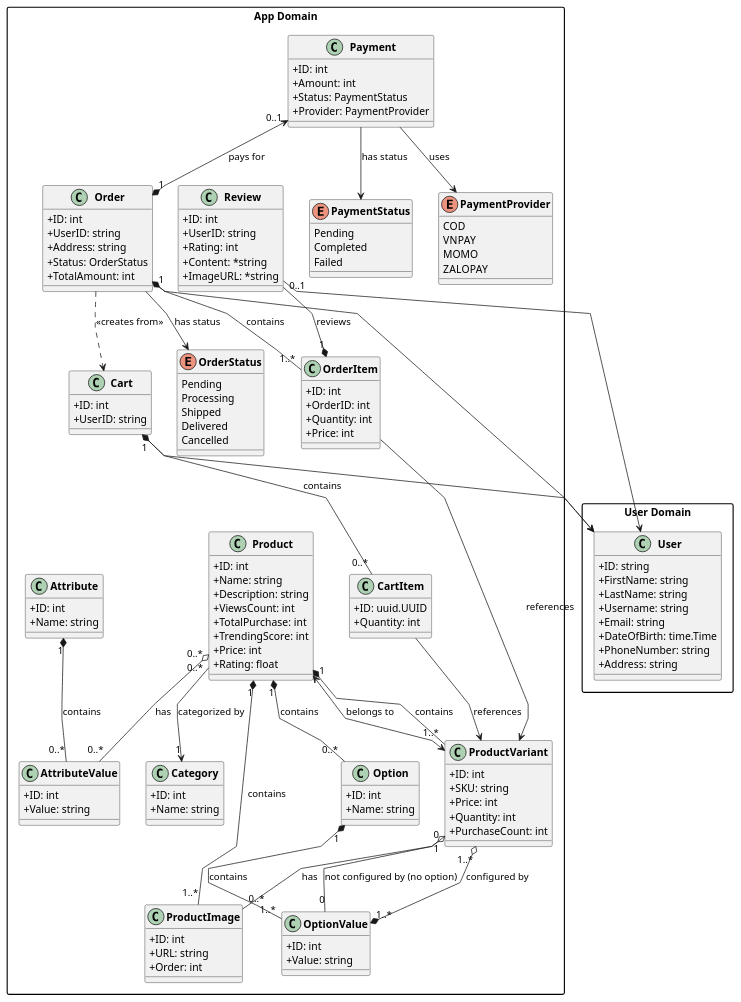
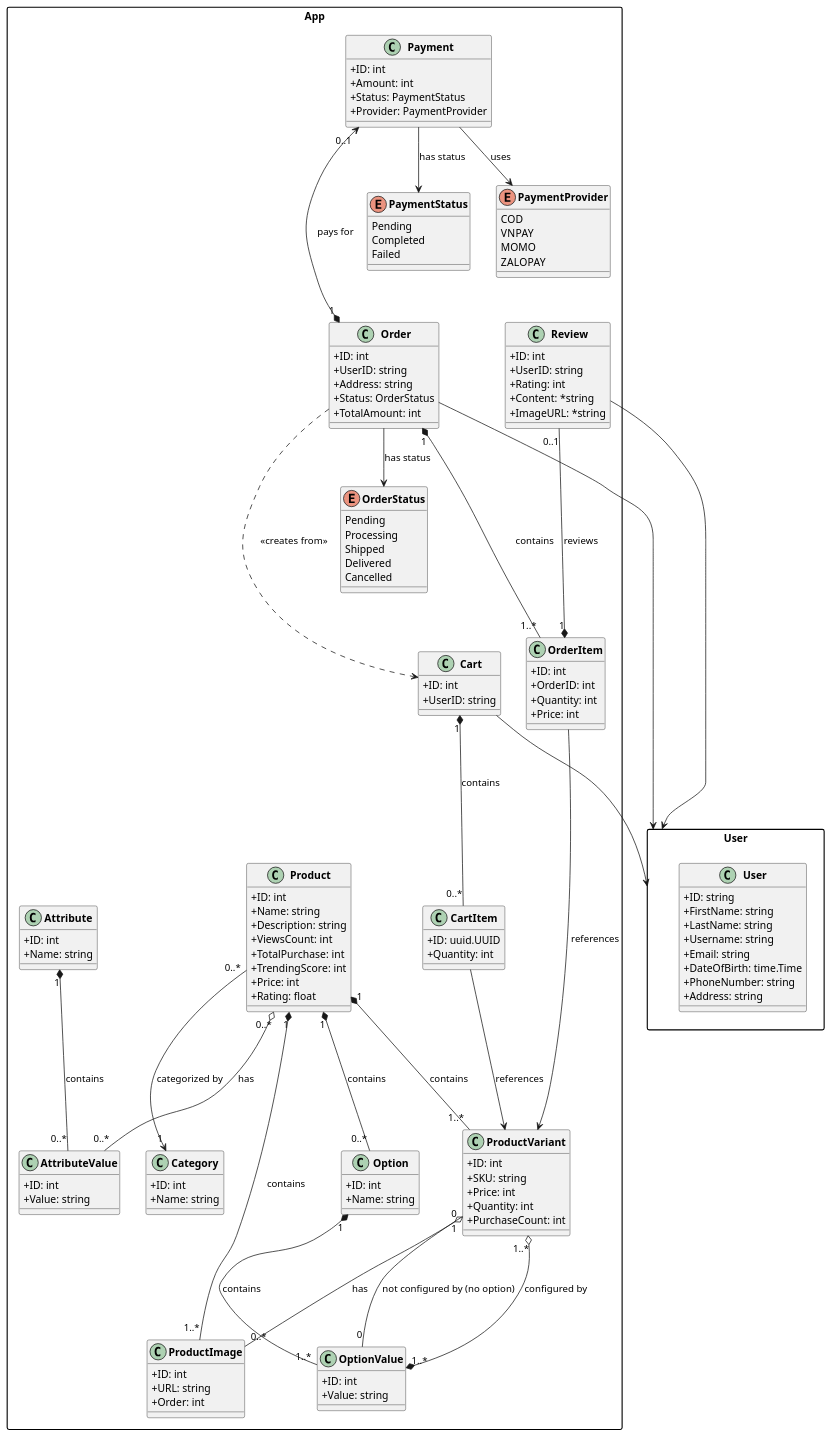
The diagram in docs/software-docs/class/index.md (electricilies/electricilies.github.io), drawn with PlantUML before and after one commit.

Commit message:
feat(class): prettify

````diff
--- a/docs/software-docs/class/index.md
+++ b/docs/software-docs/class/index.md
@@ -7,10 +7,9 @@
 skinparam classAttributeIconSize 0
 skinparam packageStyle rectangle
 /' skinparam linetype ortho '/
-skinparam linetype polyline
+/' skinparam linetype polyline '/
 
-
-package "User Domain" {
+package "User" {
     class User {
         +ID: string
         +FirstName: string
@@ -23,7 +22,7 @@
     }
 }
 
-package "App Domain" {
+package "App" {
 
     ' ----- Category -----
     class Category {
@@ -145,53 +144,52 @@
     ' ===== Relationships =====
 
     ' Product Composition (diamond filled)
-    Product "1" *-- "0..*" Option : contains
-    Product "1" *-- "1..*" ProductVariant : contains
-    Product "1" *-- "1..*" ProductImage : contains
+    Product "1" *--- "0..*" Option : contains
+    Product "1" *--- "1..*" ProductVariant : contains
+    Product "1" *--- "1..*" ProductImage : contains
 
     ' Option Composition
-    Option "1" *-- "1..*" OptionValue : contains
+    Option "1" *--- "1..*" OptionValue : contains
 
     ' Product Aggregation
-    Product "0..*" o-- "0..*" AttributeValue : has
+    Product "0..*" o--- "0..*" AttributeValue : has
 
     ' ProductVariant relationships
-    ProductVariant "0" -- "0" OptionValue : not configured by (no option)
-    ProductVariant "1..*" o--* "1..*" OptionValue : configured by
-    ProductVariant "1" o-- "0..*" ProductImage : has
-    ProductVariant <--> Product : belongs to
+    ProductVariant "0" --- "0" OptionValue : not configured by (no option)
+    ProductVariant "1..*" o---* "1..*" OptionValue : configured by
+    ProductVariant "1" o--- "0..*" ProductImage : has
 
     ' Category relationship
-    Product "0..*" --> "1" Category : categorized by
+    Product "0..*" ---> "1" Category : categorized by
 
     ' Attribute relationships
-    Attribute "1" *-- "0..*" AttributeValue : contains
+    Attribute "1" *--- "0..*" AttributeValue : contains
 
     ' Cart relationships
-    Cart "1" *-- "0..*" CartItem : contains
-    CartItem --> ProductVariant : references
+    Cart "1" *--- "0..*" CartItem : contains
+    CartItem ---> ProductVariant : references
 
     ' Order relationships
-    Order "1" *-- "1..*" OrderItem : contains
-    OrderItem --> ProductVariant : references
+    Order "1" *--- "1..*" OrderItem : contains
+    OrderItem ---> ProductVariant : references
 
     ' Order depends on Cart (dependency)
-    Order ..> Cart : <<creates from>>
+    Order ...> Cart : <<creates from>>
     Order --> OrderStatus : has status
 
     ' Payment relationships
-    Payment "0..1" <--* "1" Order : pays for
+    Payment "0..1" <---* "1" Order : pays for
     Payment --> PaymentStatus : has status
     Payment --> PaymentProvider : uses
 
     ' Review relationships
-    Review "0..1" --* "1" OrderItem : reviews
+    Review "0..1" ---* "1" OrderItem : reviews
 }
 
 ' ===== User References (by ID only) =====
-Cart --> User
-Order --> User
-Review --> User
+Cart ---> User
+Order ---> User
+Review ---> User
 
 @enduml
 ```
````
